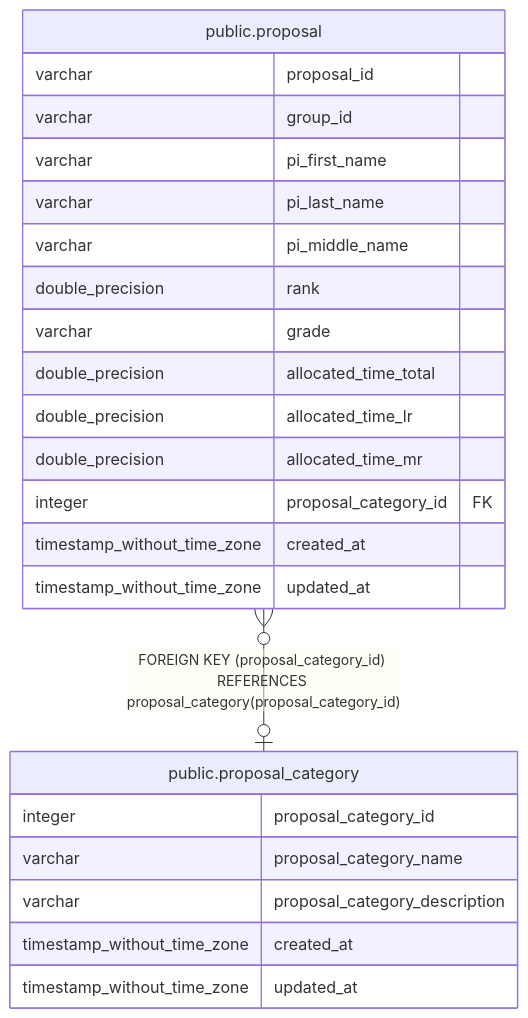
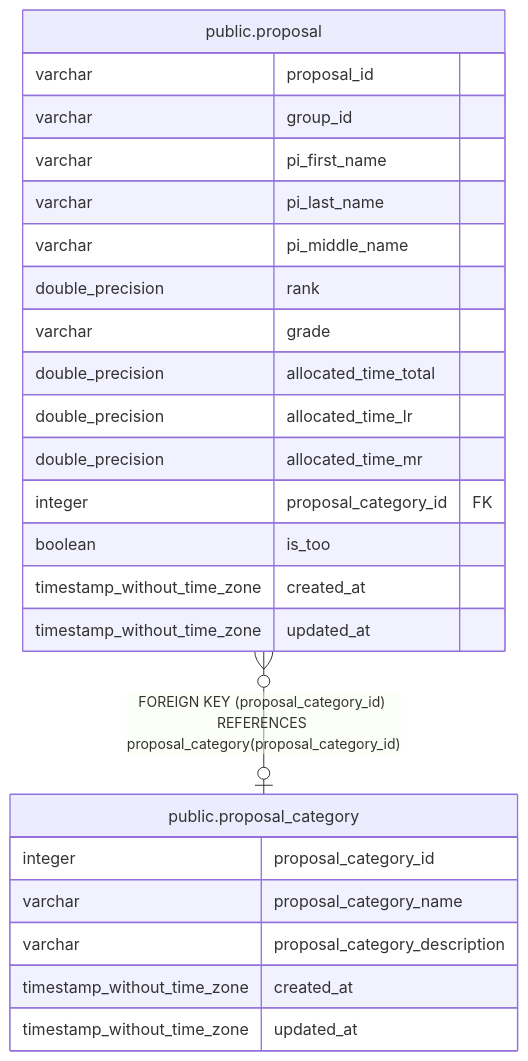
The diagram in docs/tbls/public.proposal_category.md (Subaru-PFS/ets_target_database), drawn with Mermaid before and after one commit. The commit also changed 7 other files, not shown here.

````diff
--- a/docs/tbls/public.proposal_category.md
+++ b/docs/tbls/public.proposal_category.md
@@ -31,28 +31,29 @@
 ```mermaid
 erDiagram
 
 "public.proposal" }o--o| "public.proposal_category" : "FOREIGN KEY (proposal_category_id) REFERENCES proposal_category(proposal_category_id)"
 
 "public.proposal_category" {
   integer proposal_category_id
   varchar proposal_category_name
   varchar proposal_category_description
   timestamp_without_time_zone created_at
   timestamp_without_time_zone updated_at
 }
 "public.proposal" {
   varchar proposal_id
   varchar group_id
   varchar pi_first_name
   varchar pi_last_name
   varchar pi_middle_name
   double_precision rank
   varchar grade
   double_precision allocated_time_total
   double_precision allocated_time_lr
   double_precision allocated_time_mr
   integer proposal_category_id FK
+  boolean is_too
   timestamp_without_time_zone created_at
   timestamp_without_time_zone updated_at
 }
 ```
````
